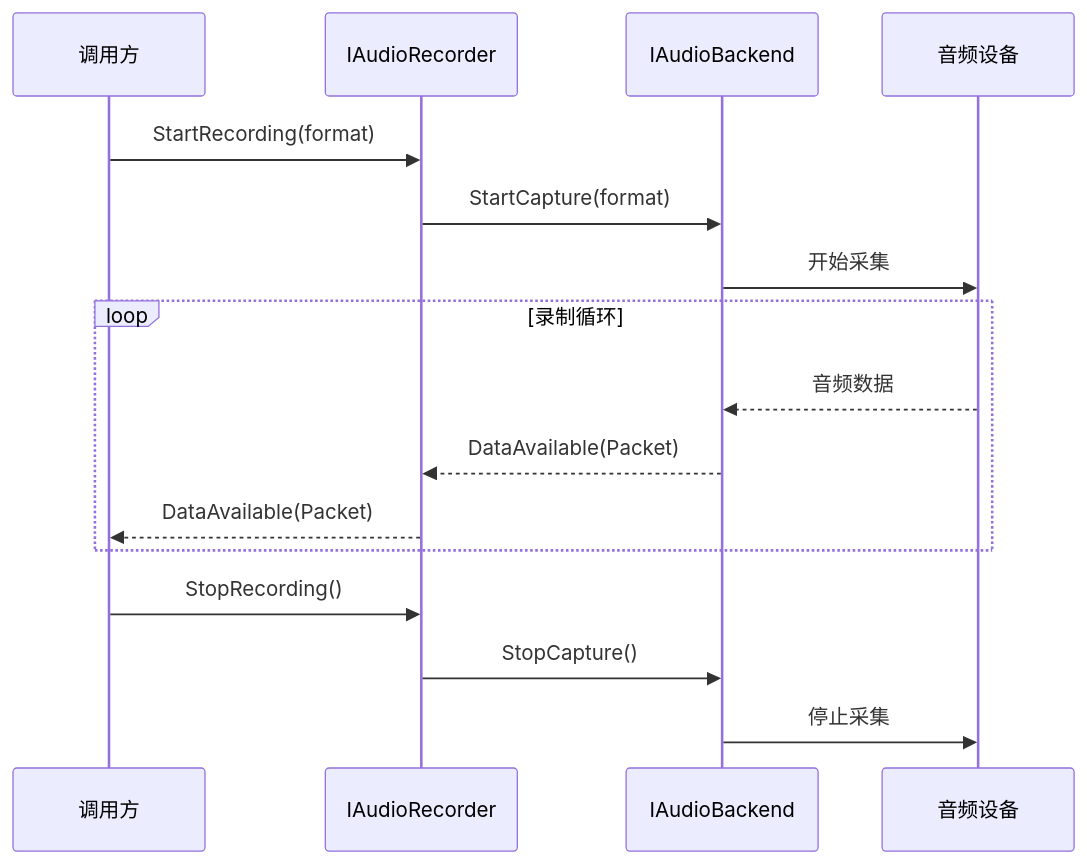
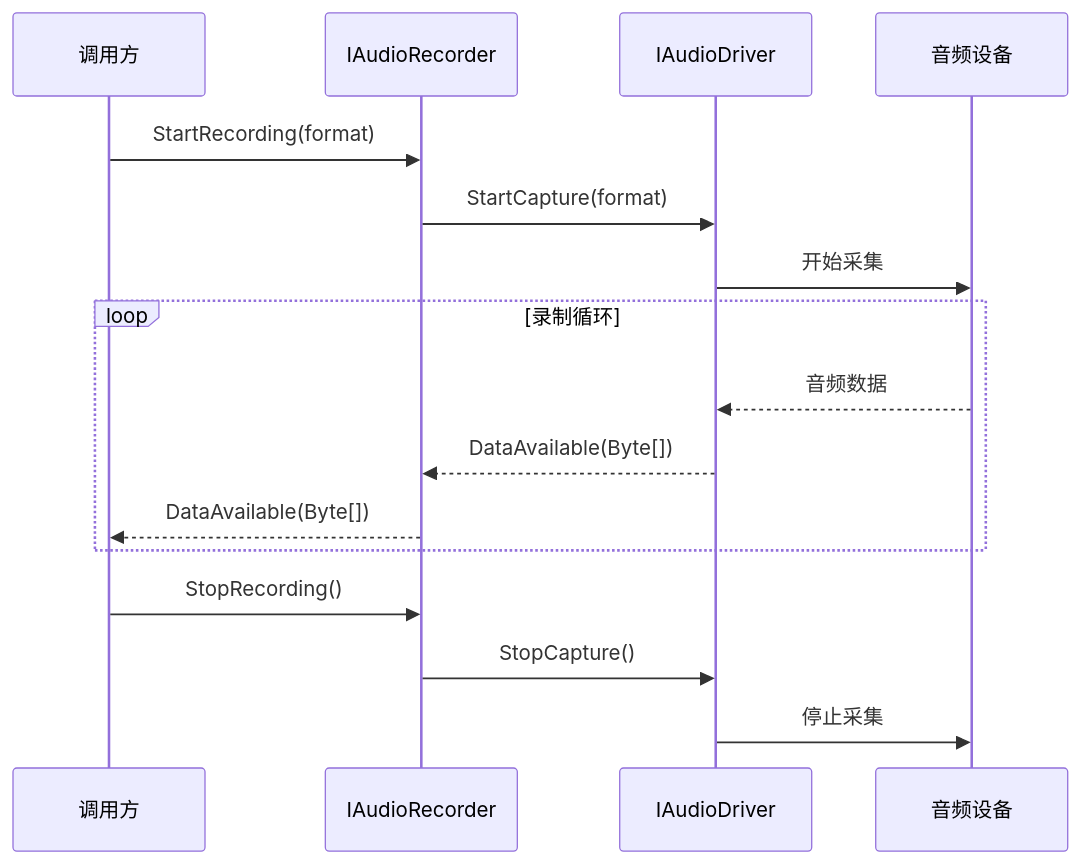
One commit to NewLifeX/NewLife.Audio changed the second of 3 diagrams in Doc/DEVIO-音频设备IO.md. Above: the diagram before and after it, drawn with Mermaid. The commit also changed other lines of this file and 18 other files, not shown here.

````diff
--- a/Doc/DEVIO-音频设备IO.md
+++ b/Doc/DEVIO-音频设备IO.md
@@ -63,18 +63,18 @@
 ```mermaid
 sequenceDiagram
     participant App as 调用方
     participant Recorder as IAudioRecorder
-    participant Backend as IAudioBackend
+    participant Driver as IAudioDriver
     participant Device as 音频设备
     App->>Recorder: StartRecording(format)
-    Recorder->>Backend: StartCapture(format)
-    Backend->>Device: 开始采集
+    Recorder->>Driver: StartCapture(format)
+    Driver->>Device: 开始采集
     loop 录制循环
-        Device-->>Backend: 音频数据
-        Backend-->>Recorder: DataAvailable(Packet)
-        Recorder-->>App: DataAvailable(Packet)
+        Device-->>Driver: 音频数据
+        Driver-->>Recorder: DataAvailable(Byte[])
+        Recorder-->>App: DataAvailable(Byte[])
     end
     App->>Recorder: StopRecording()
-    Recorder->>Backend: StopCapture()
-    Backend->>Device: 停止采集
+    Recorder->>Driver: StopCapture()
+    Driver->>Device: 停止采集
 ```
````
